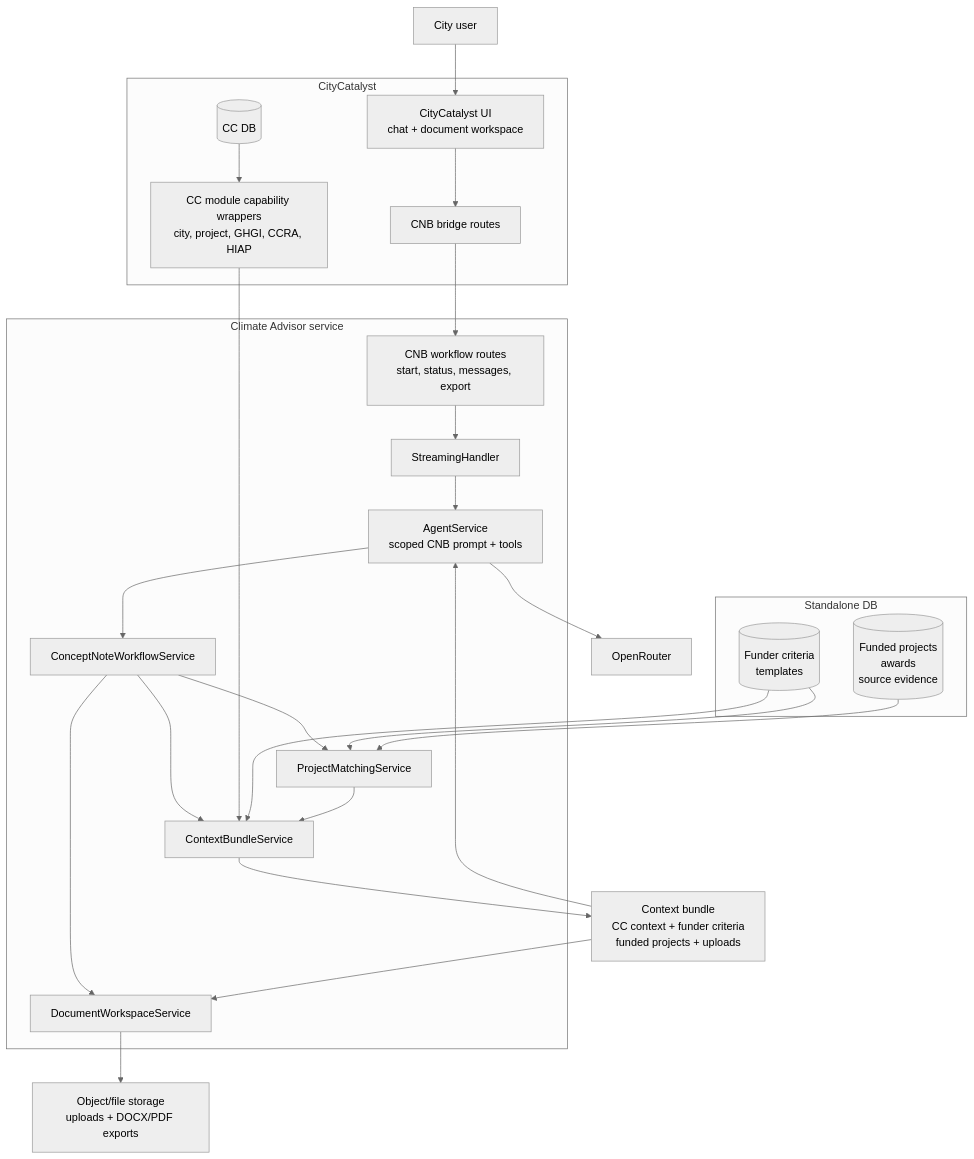
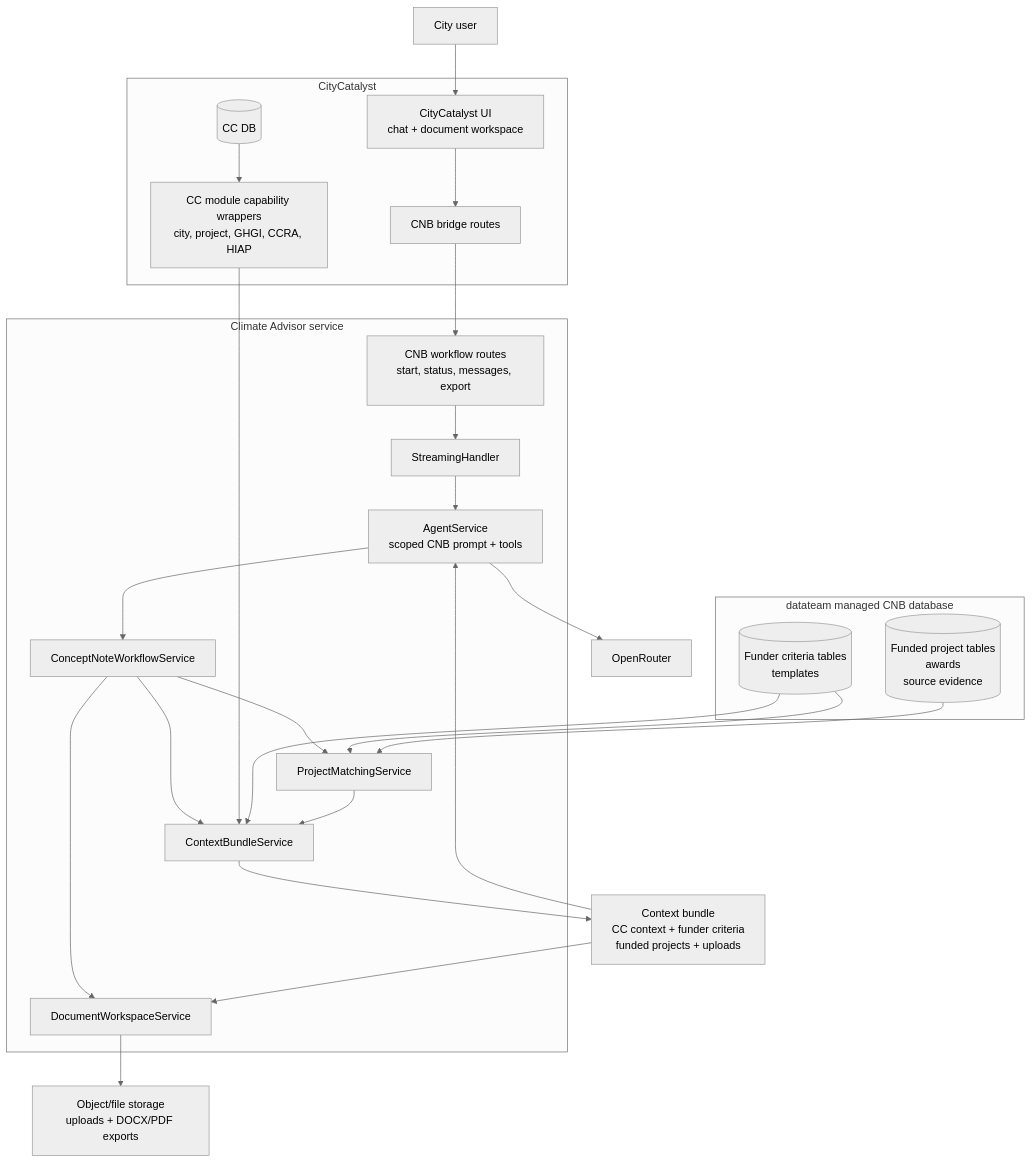
The first of 14 diagrams in docs/ConceptNoteBuilderArchitecture.md (Open-Earth-Foundation/CityCatalyst), drawn with Mermaid (neutral theme) before and after one commit. The commit also changed other lines of this file, not shown here.

Commit message:
docs: clarify CNB database tables and evidence links

````diff
--- a/docs/ConceptNoteBuilderArchitecture.md
+++ b/docs/ConceptNoteBuilderArchitecture.md
@@ -66,50 +67,50 @@
 ```mermaid
 flowchart TB
     User["City user"] --> CCUI["CityCatalyst UI<br/>chat + document workspace"]
 
     subgraph CC["CityCatalyst"]
         CCUI
         CCBridge["CNB bridge routes"]
         CCCaps["CC module capability wrappers<br/>city, project, GHGI, CCRA, HIAP"]
         CCData[("CC DB")]
     end
 
     subgraph CA["Climate Advisor service"]
         CARoutes["CNB workflow routes<br/>start, status, messages, export"]
         Stream["StreamingHandler"]
         Agent["AgentService<br/>scoped CNB prompt + tools"]
         CNBService["ConceptNoteWorkflowService"]
         ContextService["ContextBundleService"]
         DocService["DocumentWorkspaceService"]
         MatchService["ProjectMatchingService"]
     end
 
-    subgraph Standalone["Standalone DB"]
-        FunderDB[("Funder criteria<br/>templates")]
-        ProjectKB[("Funded projects<br/>awards<br/>source evidence")]
+    subgraph CNBDB["datateam managed CNB database"]
+        FunderDB[("Funder criteria tables<br/>templates")]
+        ProjectKB[("Funded project tables<br/>awards<br/>source evidence")]
     end
 
     ContextBundle["Context bundle<br/>CC context + funder criteria<br/>funded projects + uploads"]
     OpenRouter["OpenRouter"]
     ObjectStore["Object/file storage<br/>uploads + DOCX/PDF exports"]
 
     CCUI --> CCBridge
     CCBridge --> CARoutes
     CARoutes --> Stream
     Stream --> Agent
     Agent --> CNBService
     CNBService --> ContextService
     CNBService --> DocService
     CNBService --> MatchService
     CCData --> CCCaps
     CCCaps --> ContextService
     FunderDB --> ContextService
     FunderDB --> MatchService
     ProjectKB --> MatchService
     MatchService --> ContextService
     ContextService --> ContextBundle
     ContextBundle --> Agent
     ContextBundle --> DocService
     DocService --> ObjectStore
     Agent --> OpenRouter
 ```
````
